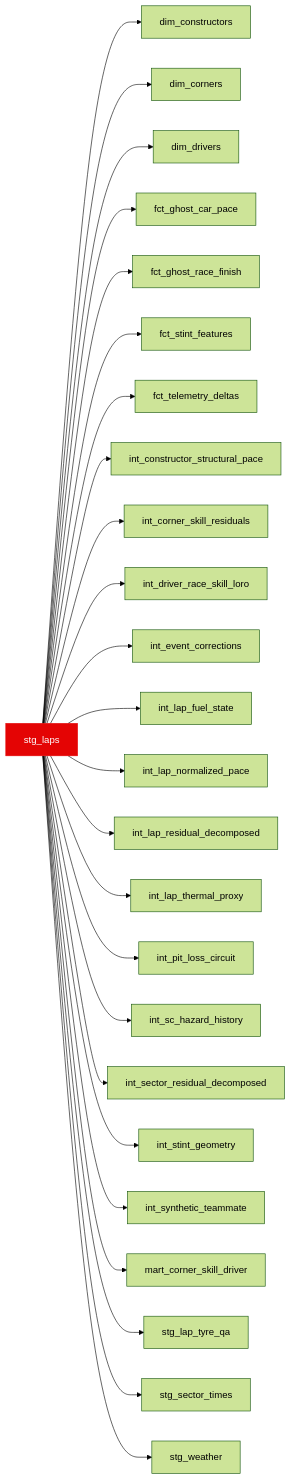
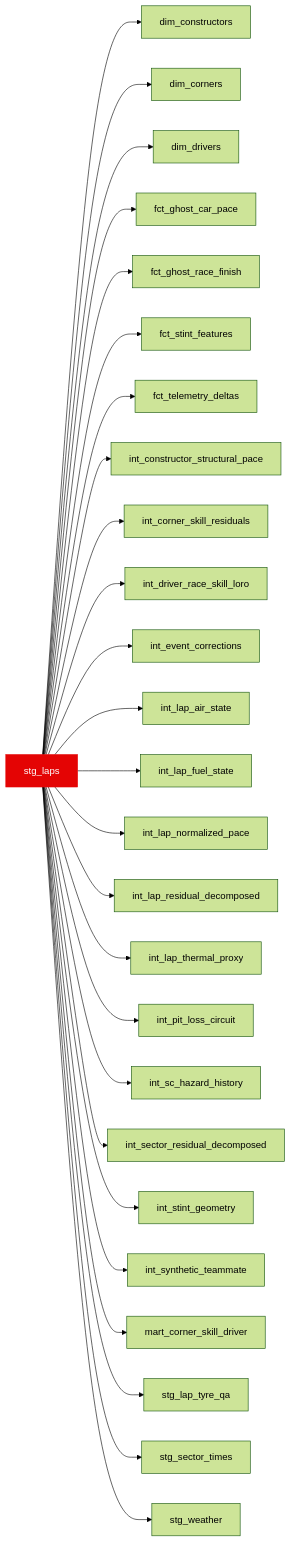
The diagram in docs/reference/models/stg/stg_laps.mdx (JustinClarke/off-the-pace), drawn with Mermaid (forest theme) before and after one commit. The commit also changed other lines of this file and 134 other files, not shown here.

````diff
--- a/docs/reference/models/stg/stg_laps.mdx
+++ b/docs/reference/models/stg/stg_laps.mdx
@@ -16,28 +16,29 @@
 ```mermaid
 flowchart LR
   stg_laps --> dim_constructors
   stg_laps --> dim_corners
   stg_laps --> dim_drivers
   stg_laps --> fct_ghost_car_pace
   stg_laps --> fct_ghost_race_finish
   stg_laps --> fct_stint_features
   stg_laps --> fct_telemetry_deltas
   stg_laps --> int_constructor_structural_pace
   stg_laps --> int_corner_skill_residuals
   stg_laps --> int_driver_race_skill_loro
   stg_laps --> int_event_corrections
+  stg_laps --> int_lap_air_state
   stg_laps --> int_lap_fuel_state
   stg_laps --> int_lap_normalized_pace
   stg_laps --> int_lap_residual_decomposed
   stg_laps --> int_lap_thermal_proxy
   stg_laps --> int_pit_loss_circuit
   stg_laps --> int_sc_hazard_history
   stg_laps --> int_sector_residual_decomposed
   stg_laps --> int_stint_geometry
   stg_laps --> int_synthetic_teammate
   stg_laps --> mart_corner_skill_driver
   stg_laps --> stg_lap_tyre_qa
   stg_laps --> stg_sector_times
   stg_laps --> stg_weather
   style stg_laps fill:#e40404,stroke:#e40404,color:#fff
 ```
````
